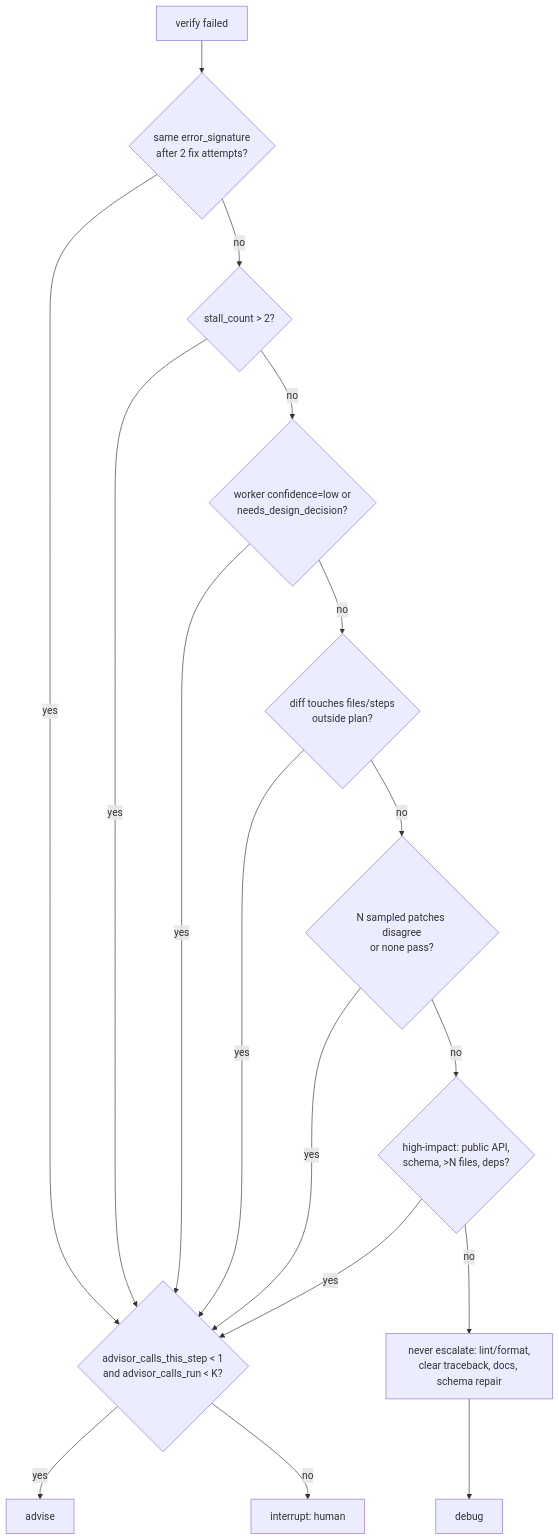
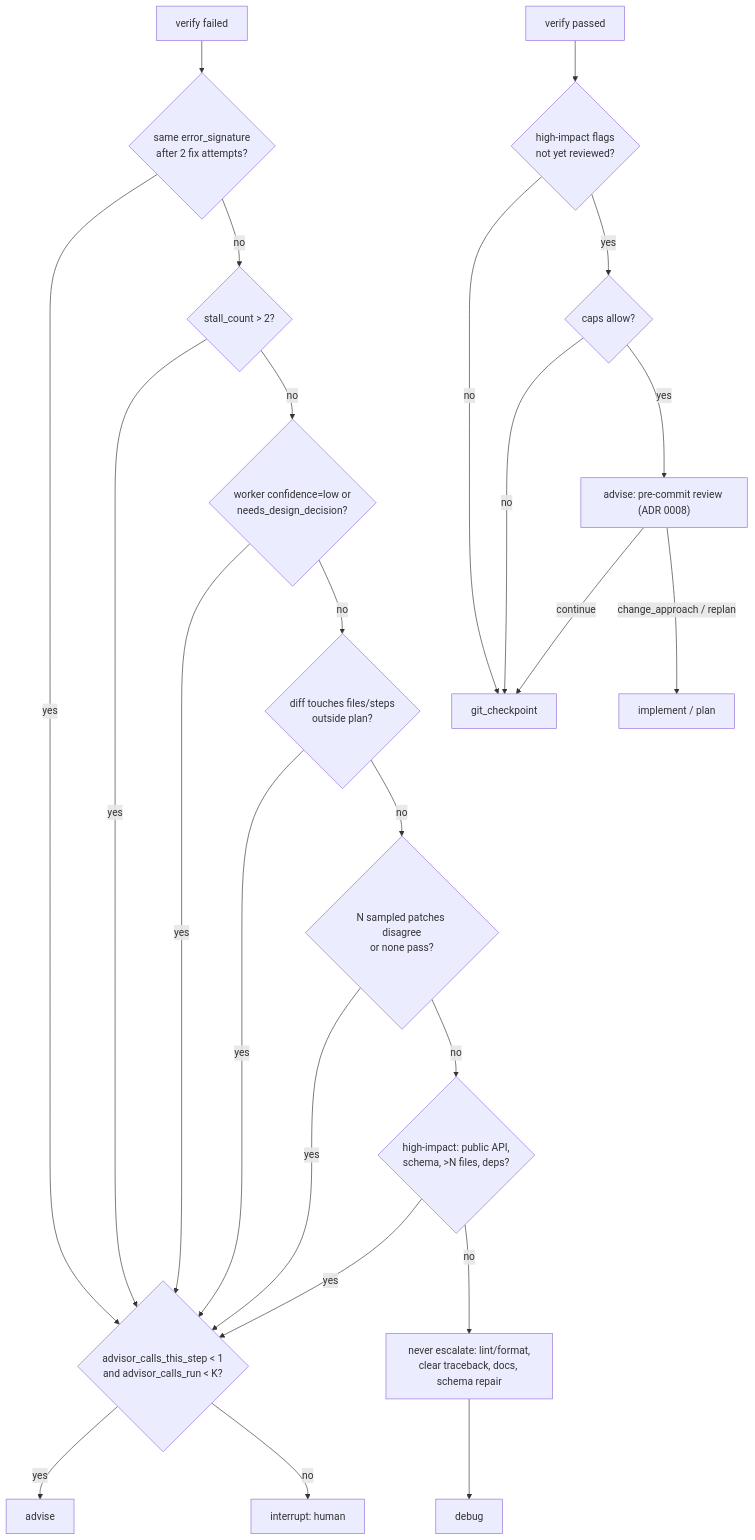
Before and after one commit to NewMe505/SCIO: the eighth of 8 diagrams in docs/ARCHITECTURE.md, drawn with Mermaid. The commit also changed other lines of this file and 35 other files, not shown here.

First line of the commit message:
feat(graph): advisor reviews a passing high-impact diff before commit (ADR 0008); t010 (#37)

````diff
--- a/docs/ARCHITECTURE.md
+++ b/docs/ARCHITECTURE.md
@@ -325,20 +327,27 @@
 ```mermaid
 flowchart TD
   F[verify failed] --> s1{"same error_signature<br/>after 2 fix attempts?"}
   s1 -->|yes| ESC
   s1 -->|no| s2{"stall_count > 2?"}
   s2 -->|yes| ESC
   s2 -->|no| s3{"worker confidence=low or<br/>needs_design_decision?"}
   s3 -->|yes| ESC
   s3 -->|no| s4{"diff touches files/steps<br/>outside plan?"}
   s4 -->|yes| ESC
   s4 -->|no| s5{"N sampled patches disagree<br/>or none pass?"}
   s5 -->|yes| ESC
   s5 -->|no| s6{"high-impact: public API,<br/>schema, >N files, deps?"}
   s6 -->|yes| ESC
   s6 -->|no| NEVER["never escalate: lint/format,<br/>clear traceback, docs, schema repair"]
   NEVER --> DBG[debug]
   ESC{"advisor_calls_this_step < 1<br/>and advisor_calls_run < K?"}
   ESC -->|yes| ADV[advise]
   ESC -->|no| HUM["interrupt: human"]
+  P[verify passed] --> p1{"high-impact flags<br/>not yet reviewed?"}
+  p1 -->|no| CKPT[git_checkpoint]
+  p1 -->|yes| p2{"caps allow?"}
+  p2 -->|no| CKPT
+  p2 -->|yes| REV["advise: pre-commit review (ADR 0008)"]
+  REV -->|continue| CKPT
+  REV -->|change_approach / replan| IMPL[implement / plan]
 ```
````
